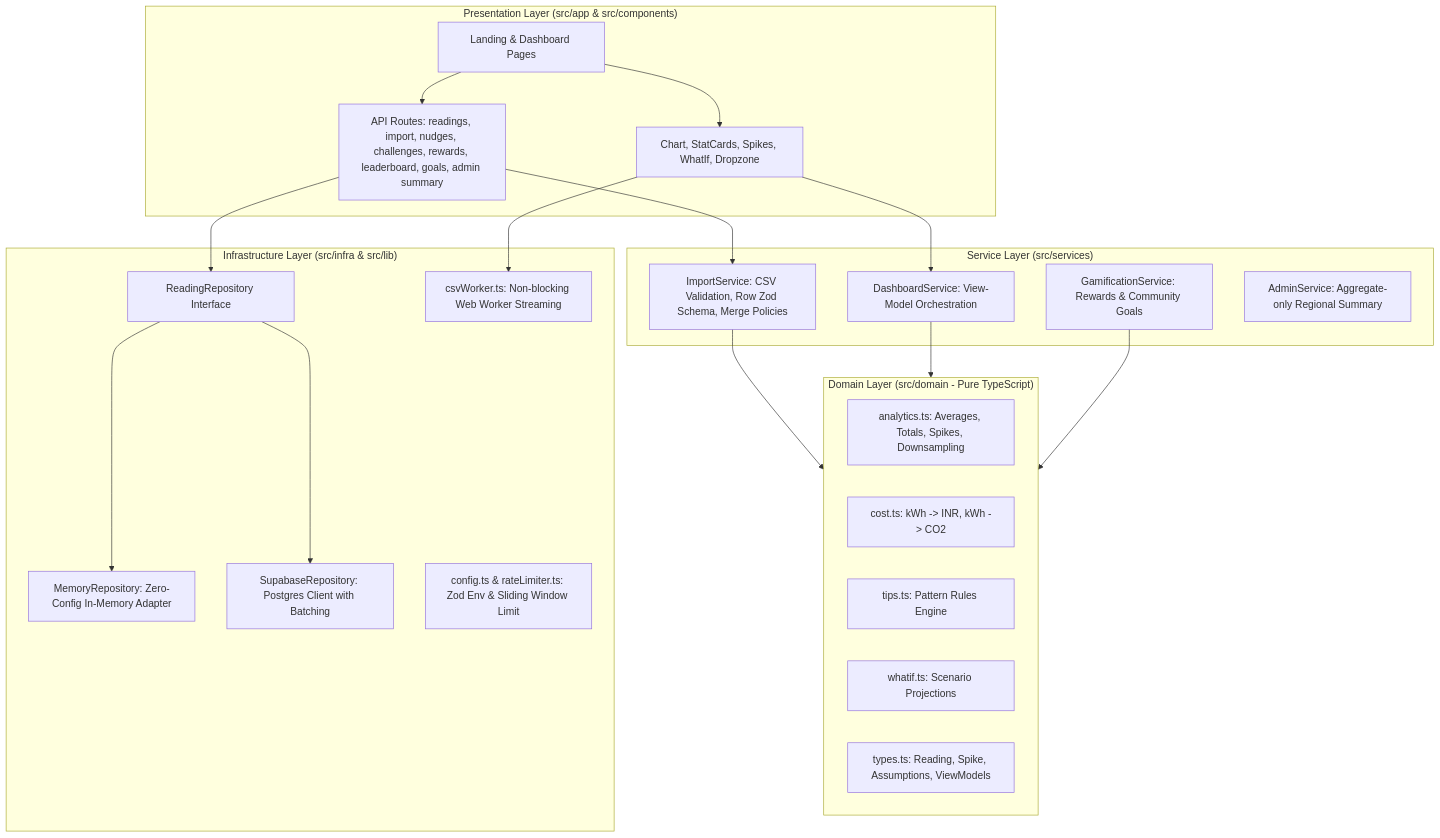
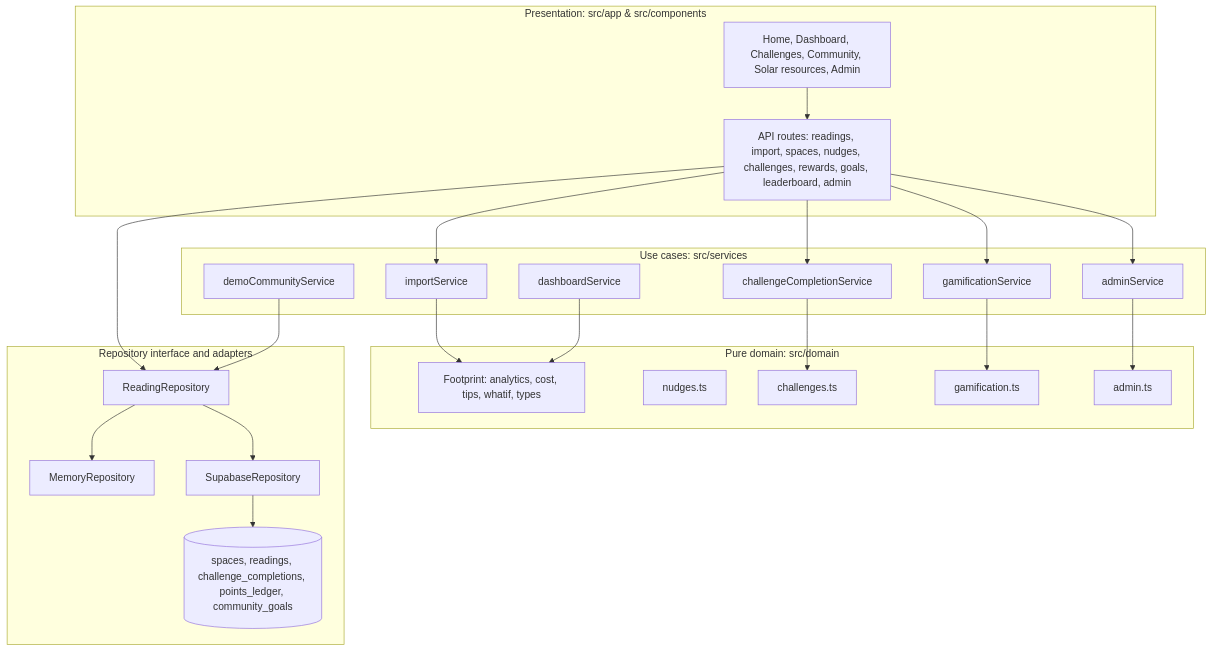
Before and after one commit to harsh773988/Wattwise: the diagram in README.md, drawn with Mermaid. The commit also changed other lines of this file and 10 other files, not shown here.

````diff
--- a/README.md
+++ b/README.md
@@ -39,43 +66,43 @@
 ```mermaid
 graph TD
-  subgraph Presentation["Presentation Layer (src/app & src/components)"]
-    Page[Landing & Dashboard Pages]
-    Components[Chart, StatCards, Spikes, WhatIf, Dropzone]
-    API[API Routes: readings, import, nudges, challenges, rewards, leaderboard, goals, admin summary]
+  subgraph Presentation["Presentation: src/app & src/components"]
+    Pages[Home, Dashboard, Challenges, Community, Solar resources, Admin]
+    API[API routes: readings, import, spaces, nudges, challenges, rewards, goals, leaderboard, admin]
   end
-
-  subgraph Service["Service Layer (src/services)"]
-    ImportService[ImportService: CSV Validation, Row Zod Schema, Merge Policies]
-    DashboardService[DashboardService: View-Model Orchestration]
-    GamificationService[GamificationService: Rewards & Community Goals]
-    AdminService[AdminService: Aggregate-only Regional Summary]
+  subgraph Services["Use cases: src/services"]
+    Import[importService]
+    Dashboard[dashboardService]
+    Completion[challengeCompletionService]
+    Gamification[gamificationService]
+    Admin[adminService]
+    Demo[demoCommunityService]
   end
-
-  subgraph Domain["Domain Layer (src/domain - Pure TypeScript)"]
-    Analytics[analytics.ts: Averages, Totals, Spikes, Downsampling]
-    Cost[cost.ts: kWh -> INR, kWh -> CO2]
-    Tips[tips.ts: Pattern Rules Engine]
-    WhatIf[whatif.ts: Scenario Projections]
-    Types[types.ts: Reading, Spike, Assumptions, ViewModels]
+  subgraph Domain["Pure domain: src/domain"]
+    Footprint[Footprint: analytics, cost, tips, whatif, types]
+    Nudge[nudges.ts]
+    Challenge[challenges.ts]
+    Rewards[gamification.ts]
+    Aggregate[admin.ts]
   end
-
-  subgraph Infrastructure["Infrastructure Layer (src/infra & src/lib)"]
-    RepoInterface[ReadingRepository Interface]
-    MemRepo[MemoryRepository: Zero-Config In-Memory Adapter]
-    SupaRepo[SupabaseRepository: Postgres Client with Batching]
-    Worker[csvWorker.ts: Non-blocking Web Worker Streaming]
-    Config[config.ts & rateLimiter.ts: Zod Env & Sliding Window Limit]
+  subgraph Persistence["Repository interface and adapters"]
+    Repository[ReadingRepository]
+    Memory[MemoryRepository]
+    Supabase[SupabaseRepository]
+    Tables[(spaces, readings, challenge_completions, points_ledger, community_goals)]
   end
-
-  Page --> Components
-  Page --> API
-  API --> ImportService
-  API --> RepoInterface
-  Components --> DashboardService
-  ImportService --> Domain
-  DashboardService --> Domain
-  GamificationService --> Domain
-  RepoInterface --> MemRepo
-  RepoInterface --> SupaRepo
-  Components --> Worker
+  Pages --> API
+  API --> Import
+  API --> Completion
+  API --> Gamification
+  API --> Admin
+  API --> Repository
+  Import --> Footprint
+  Dashboard --> Footprint
+  Completion --> Challenge
+  Gamification --> Rewards
+  Admin --> Aggregate
+  Repository --> Memory
+  Repository --> Supabase
+  Supabase --> Tables
+  Demo --> Repository
 ```
````
